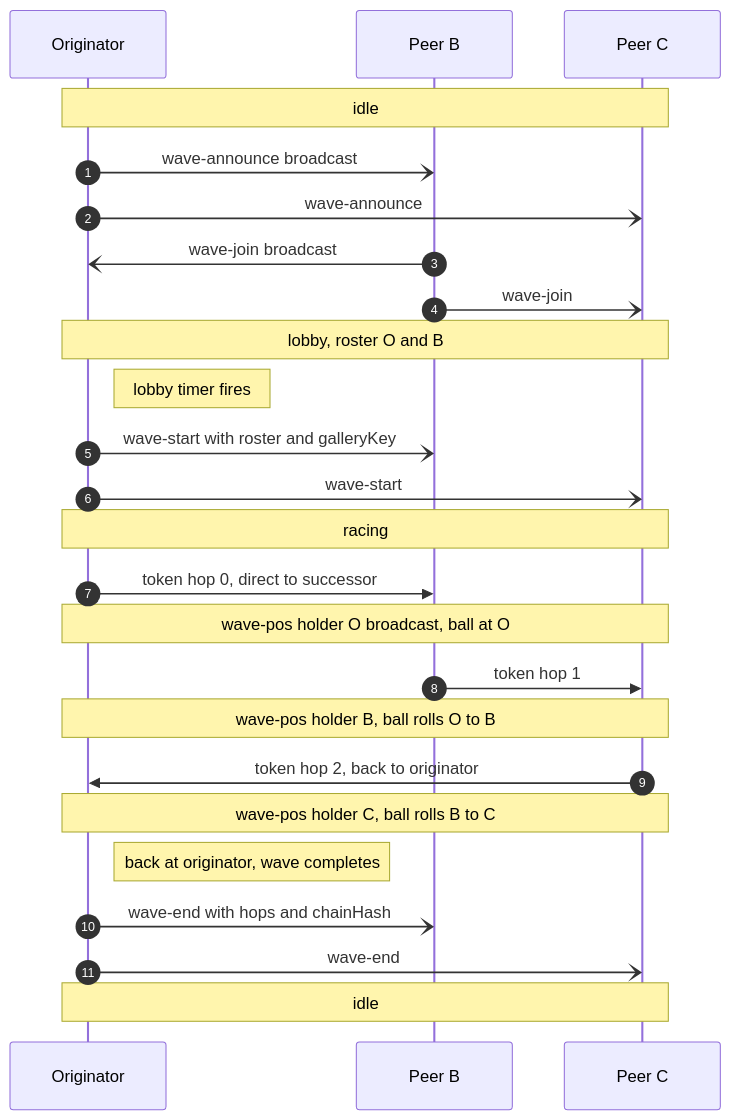
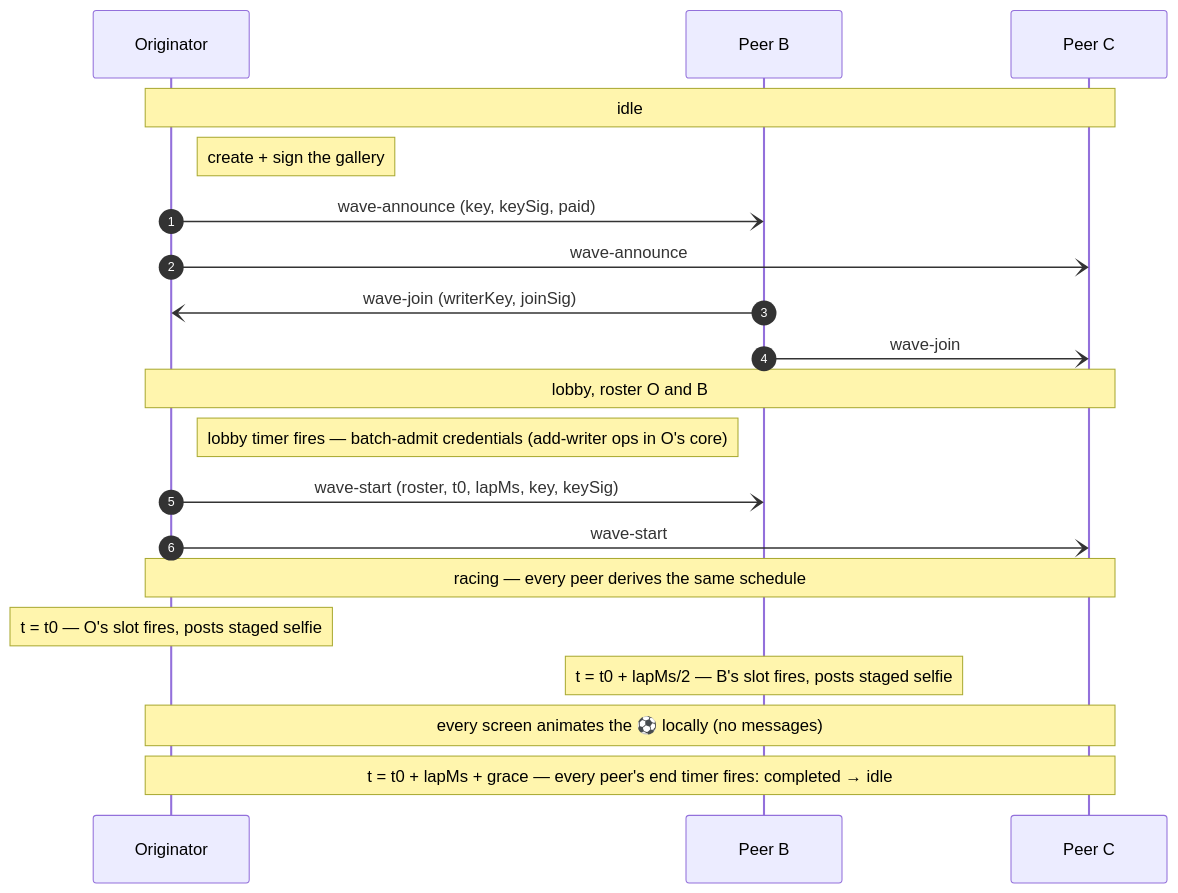
Before and after one commit to mnaamani/hyper-wave: the fourth of 5 diagrams in docs/protocol.md, drawn with Mermaid. The commit also changed other lines of this file and 5 other files, not shown here.

````diff
--- a/docs/protocol.md
+++ b/docs/protocol.md
@@ -595,27 +534,22 @@
 ```mermaid
 sequenceDiagram
   autonumber
   participant O as Originator
   participant B as Peer B
   participant C as Peer C
   Note over O,C: idle
-  O-)B: wave-announce broadcast
+  Note right of O: create + sign the gallery
+  O-)B: wave-announce (key, keySig, paid)
   O-)C: wave-announce
-  B-)O: wave-join broadcast
+  B-)O: wave-join (writerKey, joinSig)
   B-)C: wave-join
   Note over O,C: lobby, roster O and B
-  Note right of O: lobby timer fires
-  O-)B: wave-start with roster and galleryKey
+  Note right of O: lobby timer fires — batch-admit credentials (add-writer ops in O's core)
+  O-)B: wave-start (roster, t0, lapMs, key, keySig)
   O-)C: wave-start
-  Note over O,C: racing
-  O->>B: token hop 0, direct to successor
-  Note over O,C: wave-pos holder O broadcast, ball at O
-  B->>C: token hop 1
-  Note over O,C: wave-pos holder B, ball rolls O to B
-  C->>O: token hop 2, back to originator
-  Note over O,C: wave-pos holder C, ball rolls B to C
-  Note right of O: back at originator, wave completes
-  O-)B: wave-end with hops and chainHash
-  O-)C: wave-end
-  Note over O,C: idle
+  Note over O,C: racing — every peer derives the same schedule
+  Note over O: t = t0 — O's slot fires, posts staged selfie
+  Note over B: t = t0 + lapMs/2 — B's slot fires, posts staged selfie
+  Note over O,C: every screen animates the ⚽ locally (no messages)
+  Note over O,C: t = t0 + lapMs + grace — every peer's end timer fires: completed → idle
 ```
````
